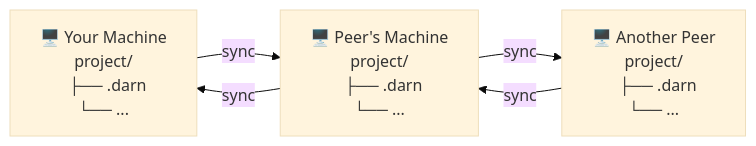
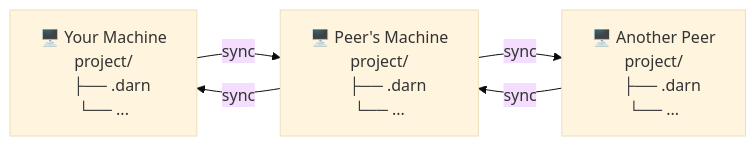
The diagram in README.md (inkandswitch/darn), drawn with Mermaid (base theme) before and after one commit.

````diff
--- a/README.md
+++ b/README.md
@@ -11,11 +11,11 @@
 ```mermaid
 graph LR
-    A["🖥️ Your Machine<br/>project/<br/>&nbsp;&nbsp;├── .darn<br/>└── ..."]
-    B["🖥️ Peer's Machine<br/>project/<br/>&nbsp;&nbsp;├── .darn<br/>└── ..."]
-    C["🖥️ Another Peer<br/>project/<br/>&nbsp;&nbsp;├── .darn<br/>└── ..."]
+    A["🖥️ Your Machine<br/>project/<br/>&nbsp;&nbsp;&nbsp;&nbsp;├── .darn<br/>└── ..."]
+    B["🖥️ Peer's Machine<br/>project/<br/>&nbsp;&nbsp;&nbsp;&nbsp;├── .darn<br/>└── ..."]
+    C["🖥️ Another Peer<br/>project/<br/>&nbsp;&nbsp;&nbsp;&nbsp;├── .darn<br/>└── ..."]
 
     A -- sync --> B
     B -- sync --> A
     B -- sync --> C
     C -- sync --> B
 ```
````
